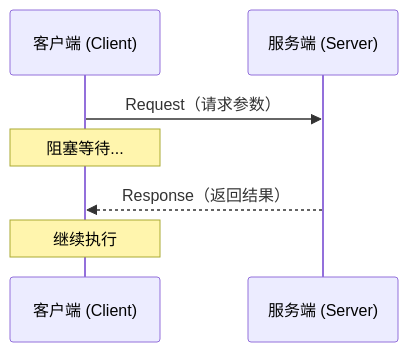
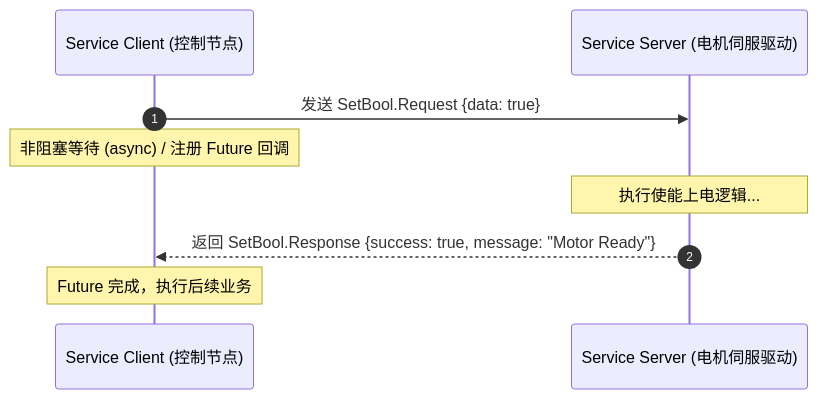
One commit to TingdeLiu/tingdeliu.github.io changed the ninth of 26 diagrams in _posts/research/2026-03-05-ROS2-Survey.md. Above: the diagram before and after it, drawn with Mermaid. The commit also changed other lines of this file and 1 other file, not shown here.

Commit message:
docs(research): optimize ROS 2 survey post with in-depth architectures, QoS matrices, and ecosystems

````diff
--- a/_posts/research/2026-03-05-ROS2-Survey.md
+++ b/_posts/research/2026-03-05-ROS2-Survey.md
@@ -323,10 +435,12 @@
-<div class="mermaid">
+```mermaid
 sequenceDiagram
-    participant C as 客户端 (Client)
-    participant S as 服务端 (Server)
+    autonumber
+    participant C as Service Client (控制节点)
+    participant S as Service Server (电机伺服驱动)
 
-    C->>S: Request（请求参数）
-    Note over C: 阻塞等待...
-    S-->>C: Response（返回结果）
-    Note over C: 继续执行
-</div>
+    C->>S: 发送 SetBool.Request {data: true}
+    Note over C: 非阻塞等待 (async) / 注册 Future 回调
+    Note over S: 执行使能上电逻辑...
+    S-->>C: 返回 SetBool.Response {success: true, message: "Motor Ready"}
+    Note over C: Future 完成，执行后续业务
+```
````
